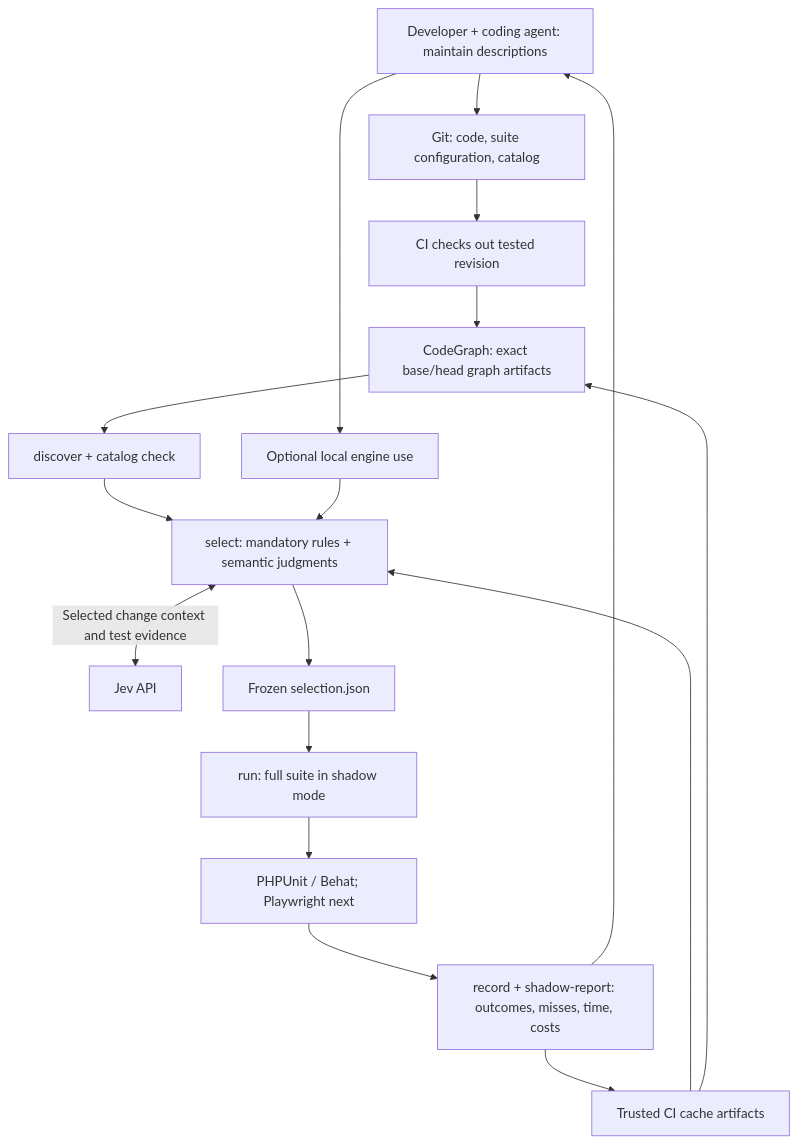
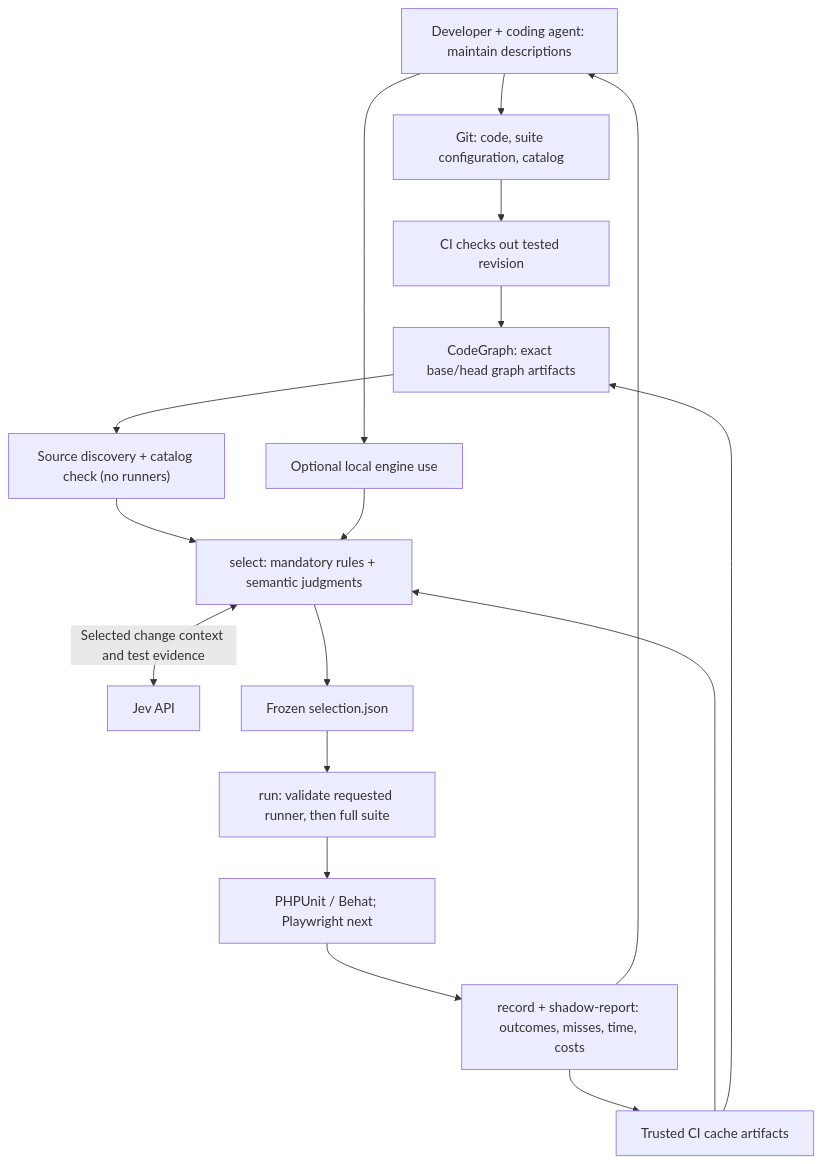
One commit to ronaldtebrake/faultline changed the diagram in PLAN.md. Above: the diagram before and after it, drawn with Mermaid. The commit also changed other lines of this file and 15 other files, not shown here.

Commit message:
Defer native runner discovery until execution

````diff
--- a/PLAN.md
+++ b/PLAN.md
@@ -13,19 +13,19 @@
 ```mermaid
 flowchart TD
     DEV["Developer + coding agent: maintain descriptions"] --> GIT["Git: code, suite configuration, catalog"]
     GIT --> CI["CI checks out tested revision"]
     CI --> GRAPH["CodeGraph: exact base/head graph artifacts"]
-    GRAPH --> DISC["discover + catalog check"]
+    GRAPH --> DISC["Source discovery + catalog check (no runners)"]
     DEV --> LOCAL["Optional local engine use"]
     DISC --> SELECT["select: mandatory rules + semantic judgments"]
     LOCAL --> SELECT
     SELECT <-->|"Selected change context and test evidence"| JEV["Jev API"]
     STORE["Trusted CI cache artifacts"] --> SELECT
     STORE --> GRAPH
     SELECT --> FROZEN["Frozen selection.json"]
-    FROZEN --> RUN["run: full suite in shadow mode"]
+    FROZEN --> RUN["run: validate requested runner, then full suite"]
     RUN --> RUNNERS["PHPUnit / Behat; Playwright next"]
     RUNNERS --> REPORT["record + shadow-report: outcomes, misses, time, costs"]
     REPORT --> STORE
     REPORT --> DEV
 ```
````
